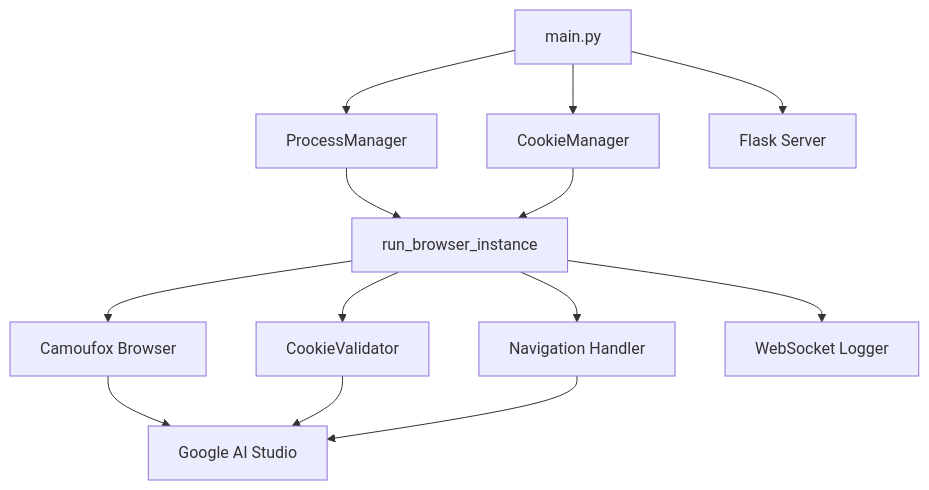
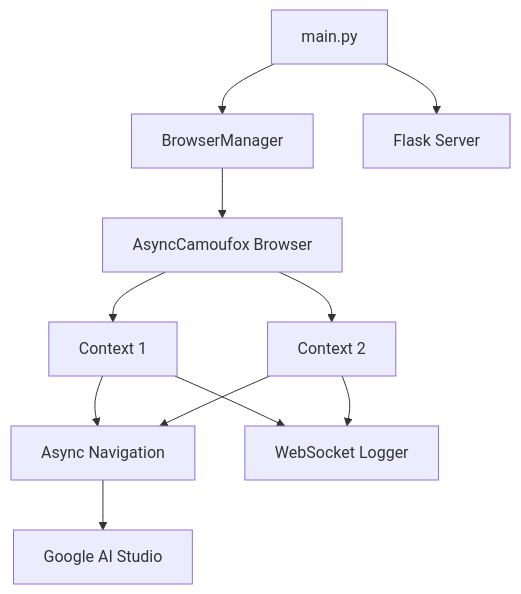
Before and after one commit to ouni3/AIStudioBuildWS: the diagram in .kilocode/rules/memory-bank/architecture.md, drawn with Mermaid. The commit also changed other lines of this file and 7 other files, not shown here.

Commit message:
feat: implement lightweight async architecture with single browser process

````diff
--- a/.kilocode/rules/memory-bank/architecture.md
+++ b/.kilocode/rules/memory-bank/architecture.md
@@ -109,18 +106,18 @@
 ```mermaid
 graph TD
-    A[main.py] --> B[ProcessManager]
-    A --> C[CookieManager]
-    A --> D[Flask Server]
+    A[main.py] --> B[BrowserManager]
+    A --> C[Flask Server]
     
-    B --> E[run_browser_instance]
-    C --> E
+    B --> D[AsyncCamoufox Browser]
     
-    E --> F[Camoufox Browser]
-    E --> G[CookieValidator]
-    E --> H[Navigation Handler]
-    E --> J[WebSocket Logger]
+    D --> E[Context 1]
+    D --> F[Context 2]
     
-    F --> I[Google AI Studio]
-    G --> I
-    H --> I
+    E --> G[Async Navigation]
+    F --> G
+    
+    E --> H[WebSocket Logger]
+    F --> H
+    
+    G --> I[Google AI Studio]
 ```
````
